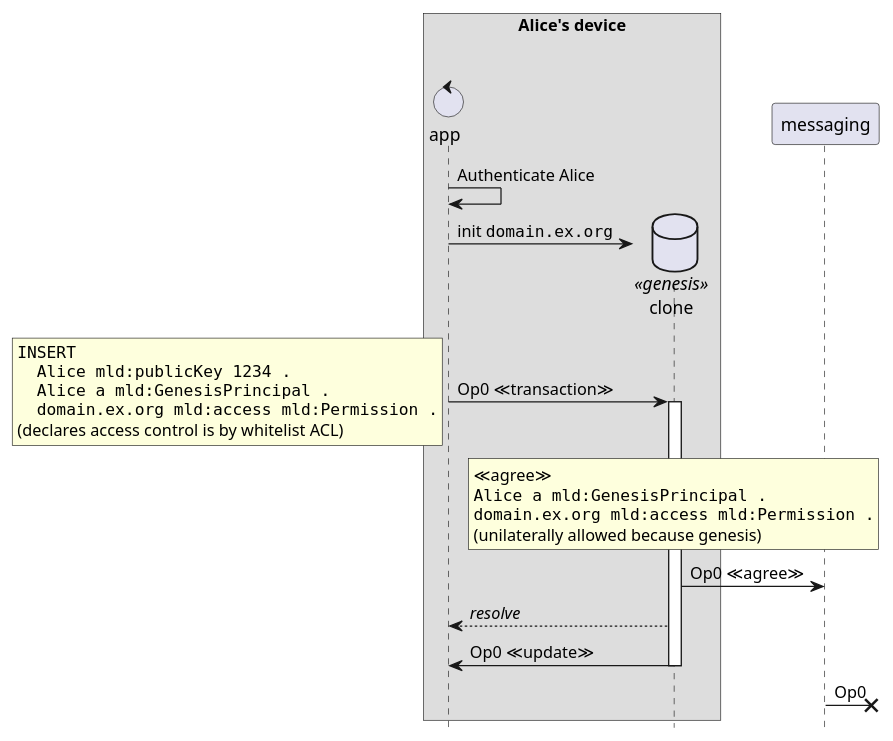
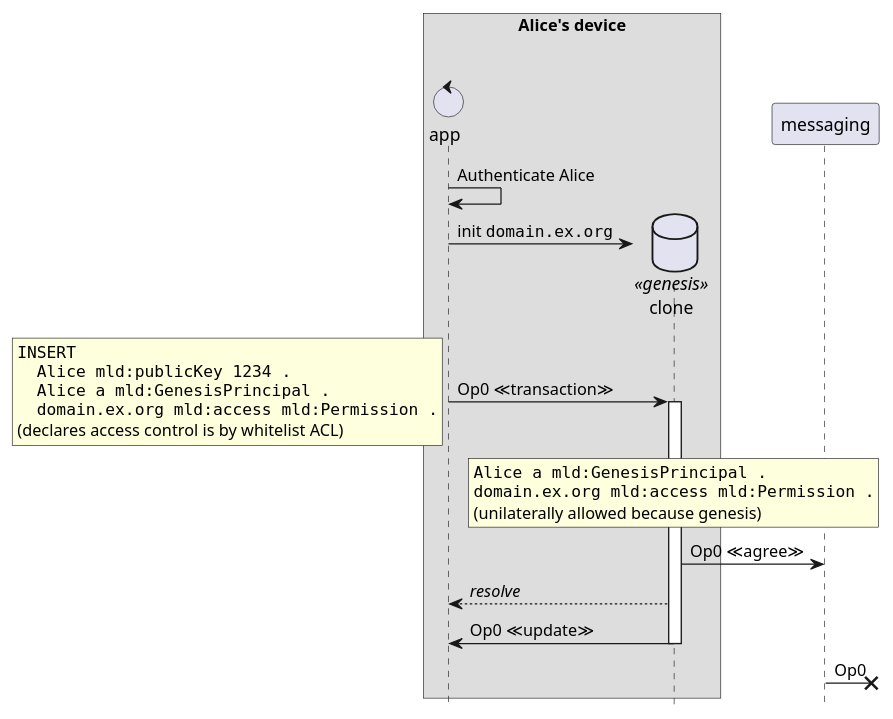
Before and after one commit to m-ld/m-ld-security-spec: the diagram in design/1-genesis-alice.seq.puml, drawn with PlantUML. The commit also changed 29 other files, not shown here.

```diff
--- a/design/1-genesis-alice.seq.puml
+++ b/design/1-genesis-alice.seq.puml
@@ -1,39 +1,37 @@
 @startuml
 'https://plantuml.com/sequence-diagram
-
 hide footbox
 
 box Alice's device
 control "app" as proc1
 database "clone" as genesis << genesis >>
 end box
 
 proc1 -> proc1: Authenticate Alice
 proc1 -> genesis **: init ""domain.ex.org""
 
 proc1 -> genesis ++: Op0 ≪transaction≫
 rnote left
 <code>
 INSERT
   Alice mld:publicKey 1234 .
   Alice a mld:GenesisPrincipal .
   domain.ex.org mld:access mld:Permission .
 </code>
 (declares access control is by whitelist ACL)
 end note
 
 rnote over genesis
-≪agree≫
 <code>
 Alice a mld:GenesisPrincipal .
 domain.ex.org mld:access mld:Permission .
 </code>
 (unilaterally allowed because genesis)
 end note
 
 genesis -> messaging: Op0 ≪agree≫
 genesis --> proc1: //resolve//
 genesis -> proc1 --: Op0 ≪update≫
 messaging ->x] : Op0
 
 @enduml
```
